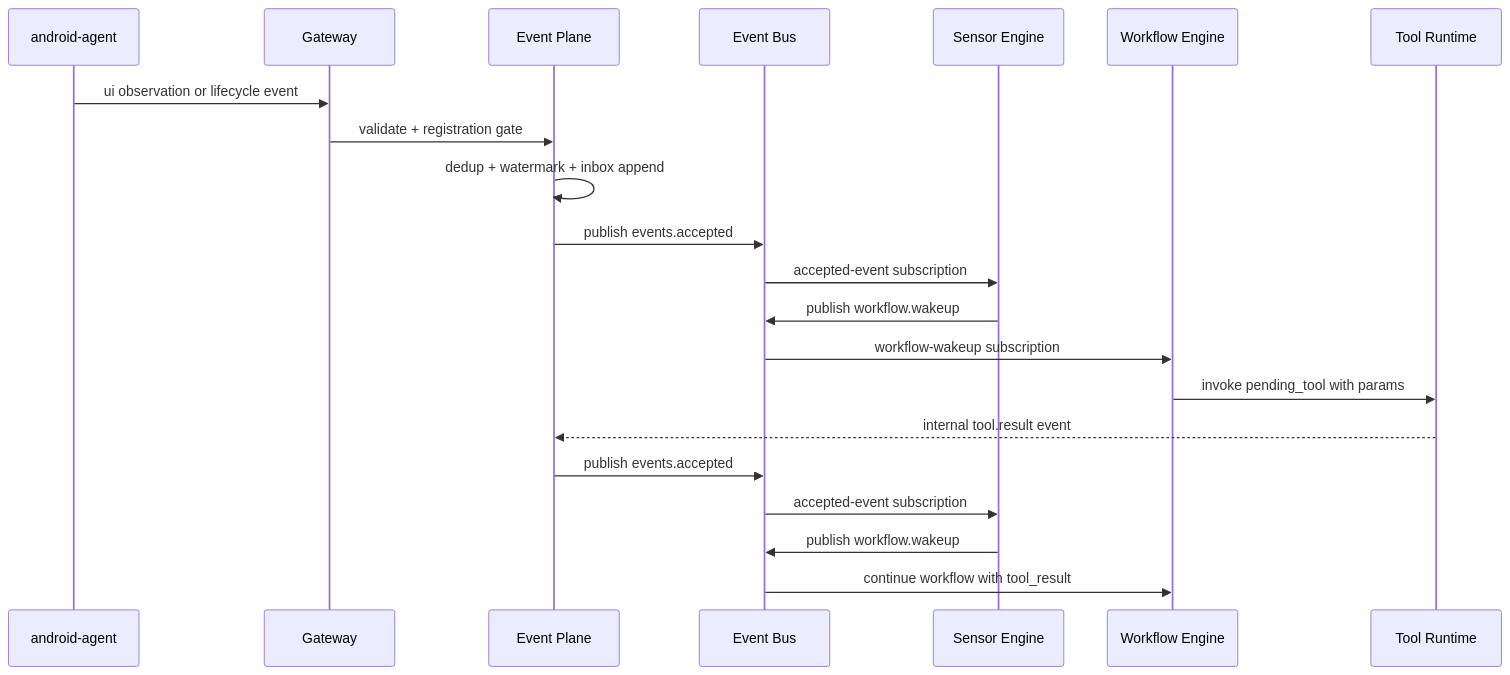
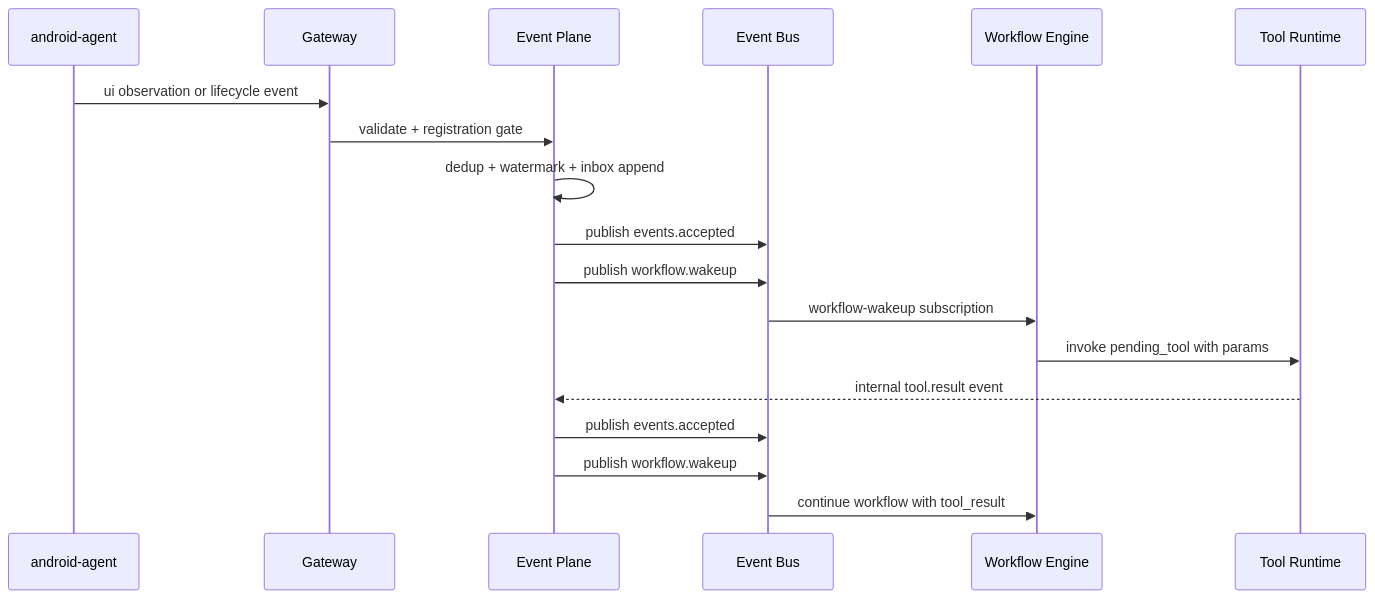
Before and after one commit to rdh073/ppp: the third of 4 diagrams in plans/event-driven-argo-like-architecture-v2.md, drawn with Mermaid. The commit also changed other lines of this file and 32 other files, not shown here.

````diff
--- a/plans/event-driven-argo-like-architecture-v2.md
+++ b/plans/event-driven-argo-like-architecture-v2.md
@@ -751,24 +749,21 @@
 ```mermaid
 sequenceDiagram
   participant A as android-agent
   participant G as Gateway
   participant E as Event Plane
   participant B as Event Bus
-  participant S as Sensor Engine
   participant W as Workflow Engine
   participant T as Tool Runtime
 
   A->>G: ui observation or lifecycle event
   G->>E: validate + registration gate
   E->>E: dedup + watermark + inbox append
   E->>B: publish events.accepted
-  B->>S: accepted-event subscription
-  S->>B: publish workflow.wakeup
+  E->>B: publish workflow.wakeup
   B->>W: workflow-wakeup subscription
   W->>T: invoke pending_tool with params
   T-->>E: internal tool.result event
   E->>B: publish events.accepted
-  B->>S: accepted-event subscription
-  S->>B: publish workflow.wakeup
+  E->>B: publish workflow.wakeup
   B->>W: continue workflow with tool_result
 ```
````
